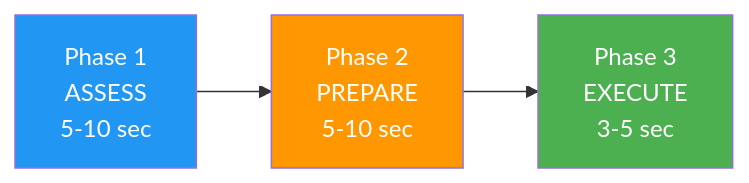
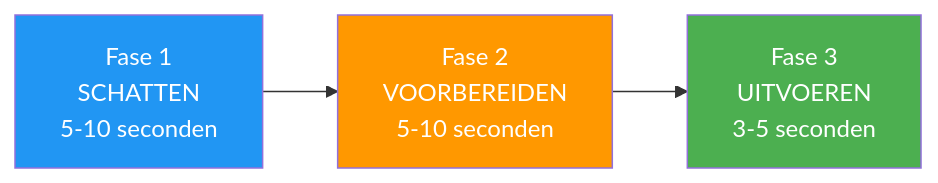
The diagram in docs/nl/articles/pre-shot-routines.md (patwii/petanque-academy), drawn with Mermaid before and after one commit. The commit also changed other lines of this file and 550 other files, not shown here.

````diff
--- a/docs/nl/articles/pre-shot-routines.md
+++ b/docs/nl/articles/pre-shot-routines.md
@@ -34,9 +34,9 @@
 ```mermaid
 flowchart LR
-    A[Phase 1<br/>ASSESS<br/>5-10 sec] --> B[Phase 2<br/>PREPARE<br/>5-10 sec]
-    B --> C[Phase 3<br/>EXECUTE<br/>3-5 sec]
+    A[Fase 1 <br/> SCHATTEN <br/> 5-10 seconden] --> B[Fase 2 <br/> VOORBEREIDEN <br/> 5-10 seconden]
+    B --> C[Fase 3 <br/> UITVOEREN <br/> 3-5 seconden]
 
     style A fill:#2196F3,color:#fff
     style B fill:#FF9800,color:#fff
     style C fill:#4CAF50,color:#fff
 ```
````
